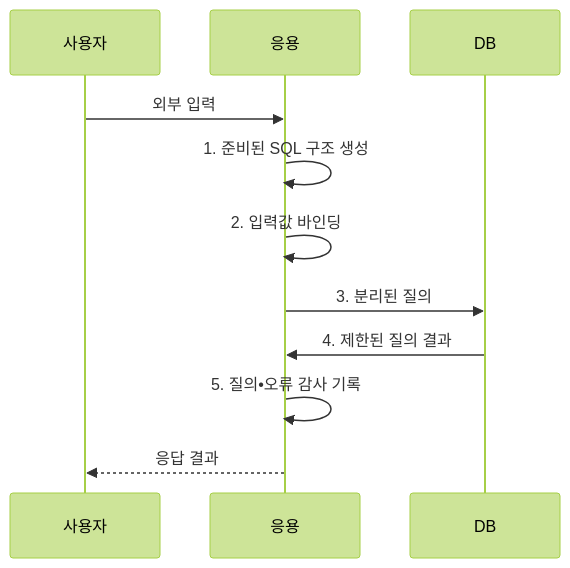
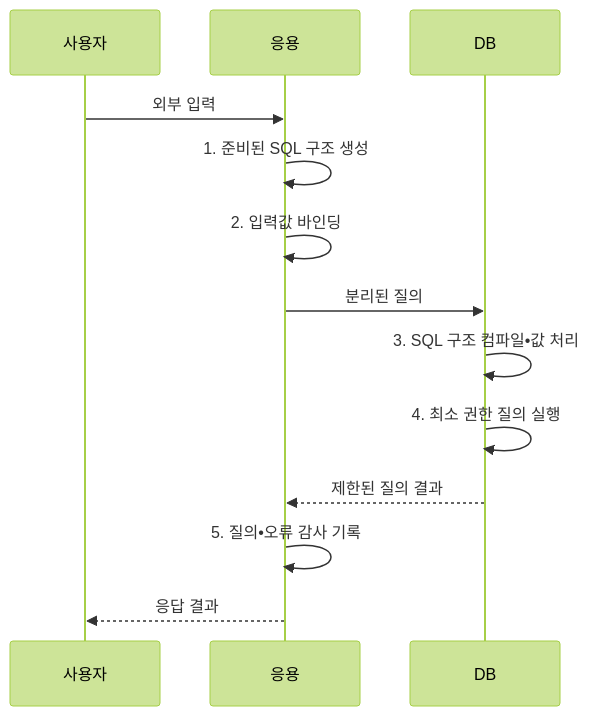
The second of 2 diagrams in src/content/docs/notes/05-security/046_sql_injection.md (agnusdei1207/knowledge-base), drawn with Mermaid (forest theme) before and after one commit. The commit also changed other lines of this file and 19 other files, not shown here.

````diff
--- a/src/content/docs/notes/05-security/046_sql_injection.md
+++ b/src/content/docs/notes/05-security/046_sql_injection.md
@@ -105,13 +105,15 @@
 ```mermaid
 sequenceDiagram
     participant 사용자
     participant 응용
     participant DB
     사용자->>응용: 외부 입력
     응용->>응용: 1. 준비된 SQL 구조 생성
     응용->>응용: 2. 입력값 바인딩
-    응용->>DB: 3. 분리된 질의
-    DB->>응용: 4. 제한된 질의 결과
+    응용->>DB: 분리된 질의
+    DB->>DB: 3. SQL 구조 컴파일•값 처리
+    DB->>DB: 4. 최소 권한 질의 실행
+    DB-->>응용: 제한된 질의 결과
     응용->>응용: 5. 질의•오류 감사 기록
     응용-->>사용자: 응답 결과
 ```
````
